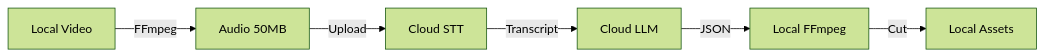
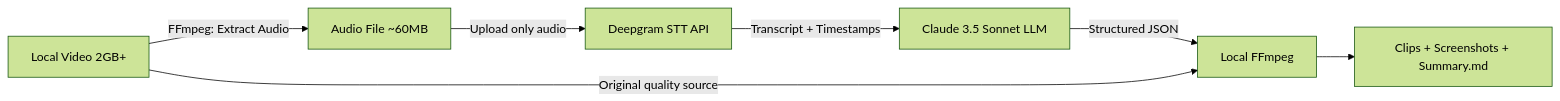
One commit to 0xnithin1/internship-program-jan-26-assignment changed the second of 4 diagrams in Solution_1_Video_Notes.md. Above: the diagram before and after it, drawn with Mermaid (forest theme). The commit also changed other lines of this file and 1 other file, not shown here.

````diff
--- a/Solution_1_Video_Notes.md
+++ b/Solution_1_Video_Notes.md
@@ -38,8 +39,9 @@
 ```mermaid
 graph LR
-    A[Local Video] -->|FFmpeg| B[Audio 50MB]
-    B -->|Upload| C[Cloud STT]
-    C -->|Transcript| D[Cloud LLM]
-    D -->|JSON| E[Local FFmpeg]
-    E -->|Cut| F[Local Assets]
+    A[Local Video 2GB+] -->|FFmpeg: Extract Audio| B[Audio File ~60MB]
+    B -->|Upload only audio| C[Deepgram STT API]
+    C -->|Transcript + Timestamps| D[Claude 3.5 Sonnet LLM]
+    D -->|Structured JSON| E[Local FFmpeg]
+    A -->|Original quality source| E
+    E --> F[Clips + Screenshots + Summary.md]
 ```
````
